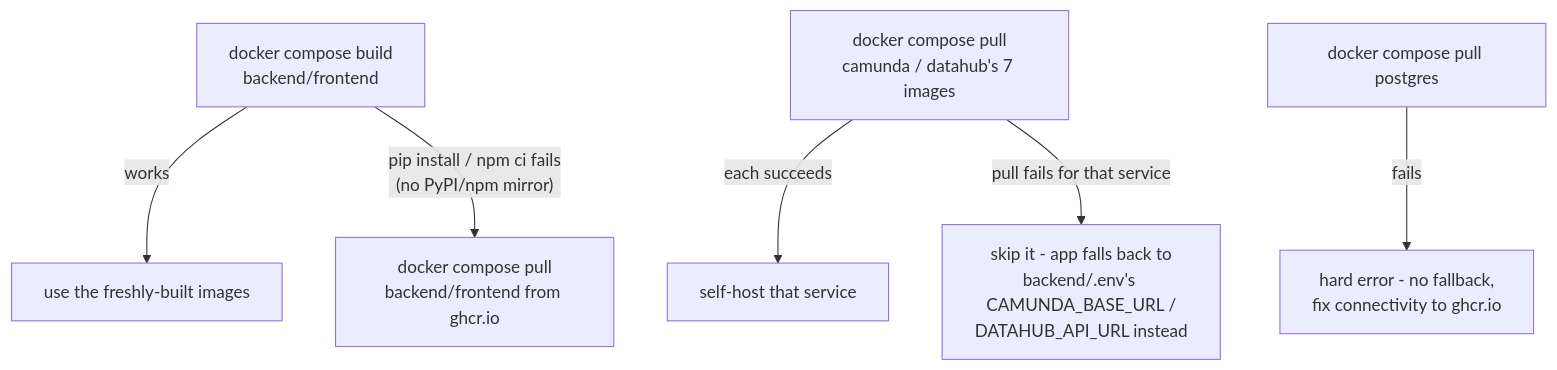
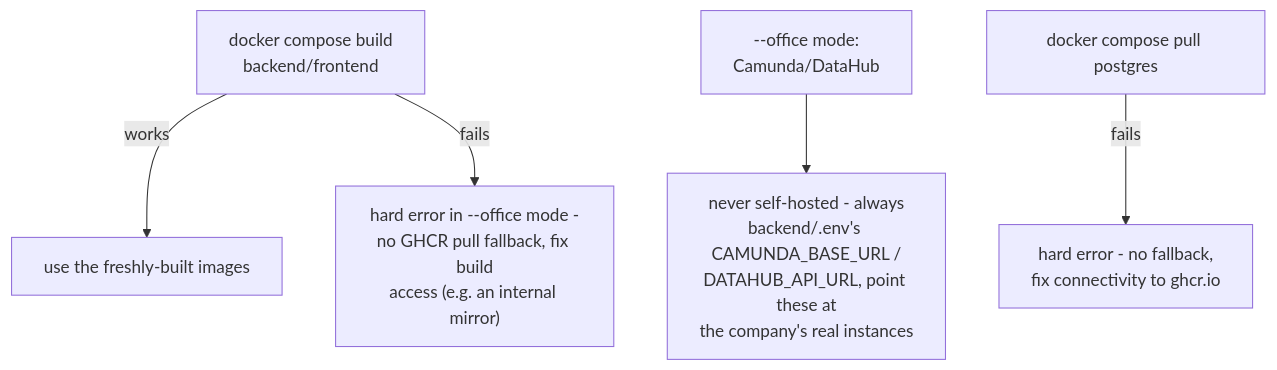
The third of 3 diagrams in README.md (mail2yee/intelligent-data-governance-agent-onprem), drawn with Mermaid before and after one commit. The commit also changed other lines of this file and 4 other files, not shown here.

````diff
--- a/README.md
+++ b/README.md
@@ -262,8 +276,7 @@
 ```mermaid
 flowchart TD
     A["docker compose build\nbackend/frontend"] -->|works| Z1["use the freshly-built images"]
-    A -->|"pip install / npm ci fails\n(no PyPI/npm mirror)"| B["docker compose pull\nbackend/frontend from ghcr.io"]
-    C["docker compose pull\ncamunda / datahub's 7 images"] -->|each succeeds| Z2["self-host that service"]
-    C -->|"pull fails for that service"| D["skip it - app falls back to\nbackend/.env's CAMUNDA_BASE_URL /\nDATAHUB_API_URL instead"]
-    E["docker compose pull postgres"] -->|fails| F["hard error - no fallback,\nfix connectivity to ghcr.io"]
+    A -->|fails| F1["hard error in --office mode -\nno GHCR pull fallback, fix build\naccess (e.g. an internal mirror)"]
+    B["--office mode:\nCamunda/DataHub"] --> Z2["never self-hosted - always\nbackend/.env's CAMUNDA_BASE_URL /\nDATAHUB_API_URL, point these at\nthe company's real instances"]
+    E["docker compose pull postgres"] -->|fails| F2["hard error - no fallback,\nfix connectivity to ghcr.io"]
 ```
````
